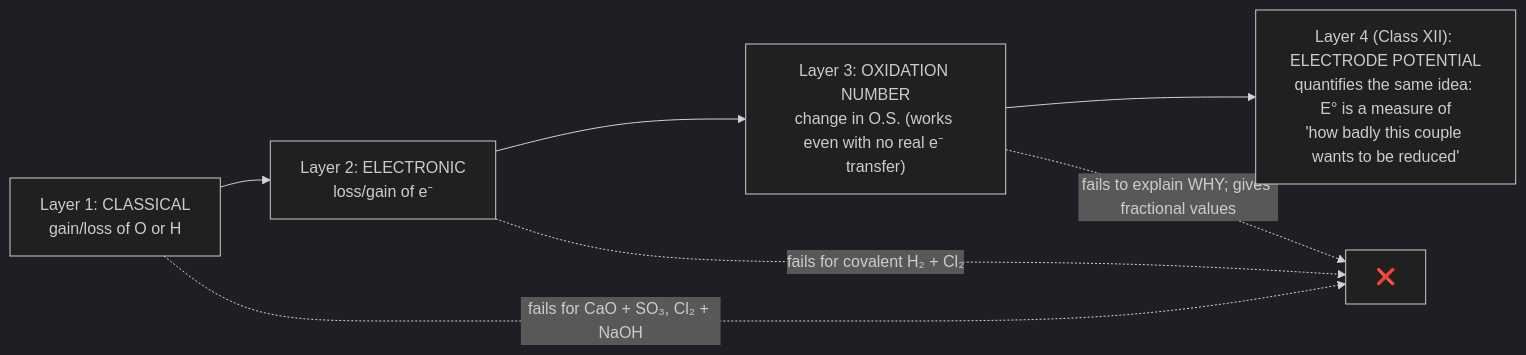
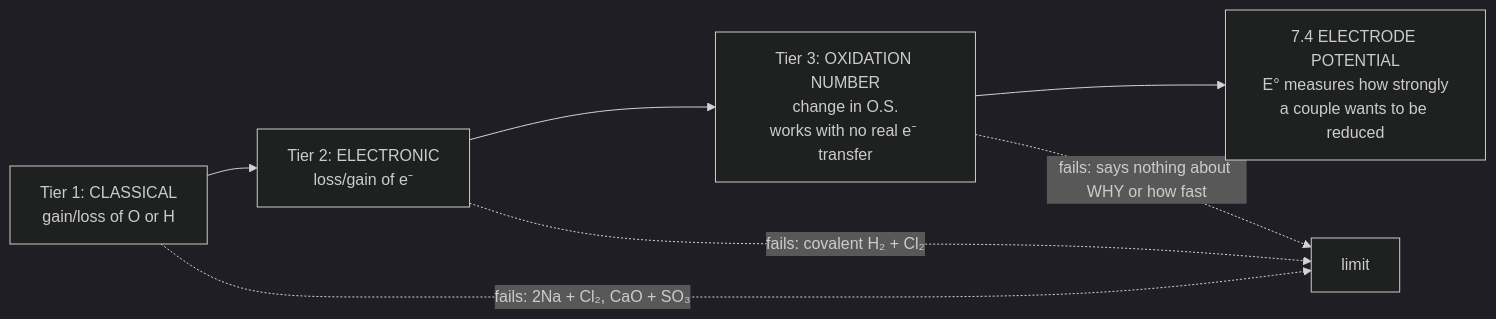
Before and after one commit to SurajGupta2009/Chem_JEEAd_notes: the first of 7 diagrams in Physical-Chemistry/05-Redox-Reactions/notes.md, drawn with Mermaid (dark theme). The commit also changed other lines of this file and 9 other files, not shown here.

````diff
--- a/Physical-Chemistry/05-Redox-Reactions/notes.md
+++ b/Physical-Chemistry/05-Redox-Reactions/notes.md
@@ -51,9 +70,9 @@
 ```mermaid
 flowchart LR
-    A["Layer 1: CLASSICAL<br>gain/loss of O or H"] --> B["Layer 2: ELECTRONIC<br>loss/gain of e⁻"]
-    B --> C["Layer 3: OXIDATION NUMBER<br>change in O.S. (works even with no real e⁻ transfer)"]
-    C --> D["Layer 4 (Class XII): ELECTRODE POTENTIAL<br>quantifies the same idea: E° is a measure of<br>'how badly this couple wants to be reduced'"]
-    A -."fails for CaO + SO₃, Cl₂ + NaOH".-> X["❌"]
-    B -."fails for covalent H₂ + Cl₂".-> X
-    C -."fails to explain WHY; gives fractional values".-> X
+    A["Tier 1: CLASSICAL<br>gain/loss of O or H"] --> B["Tier 2: ELECTRONIC<br>loss/gain of e⁻"]
+    B --> C["Tier 3: OXIDATION NUMBER<br>change in O.S.<br>works with no real e⁻ transfer"]
+    C --> D["7.4 ELECTRODE POTENTIAL<br>E° measures how strongly<br>a couple wants to be reduced"]
+    A -.->|"fails: 2Na + Cl₂, CaO + SO₃"| X["limit"]
+    B -.->|"fails: covalent H₂ + Cl₂"| X
+    C -.->|"fails: says nothing about WHY or how fast"| X
 ```
````
